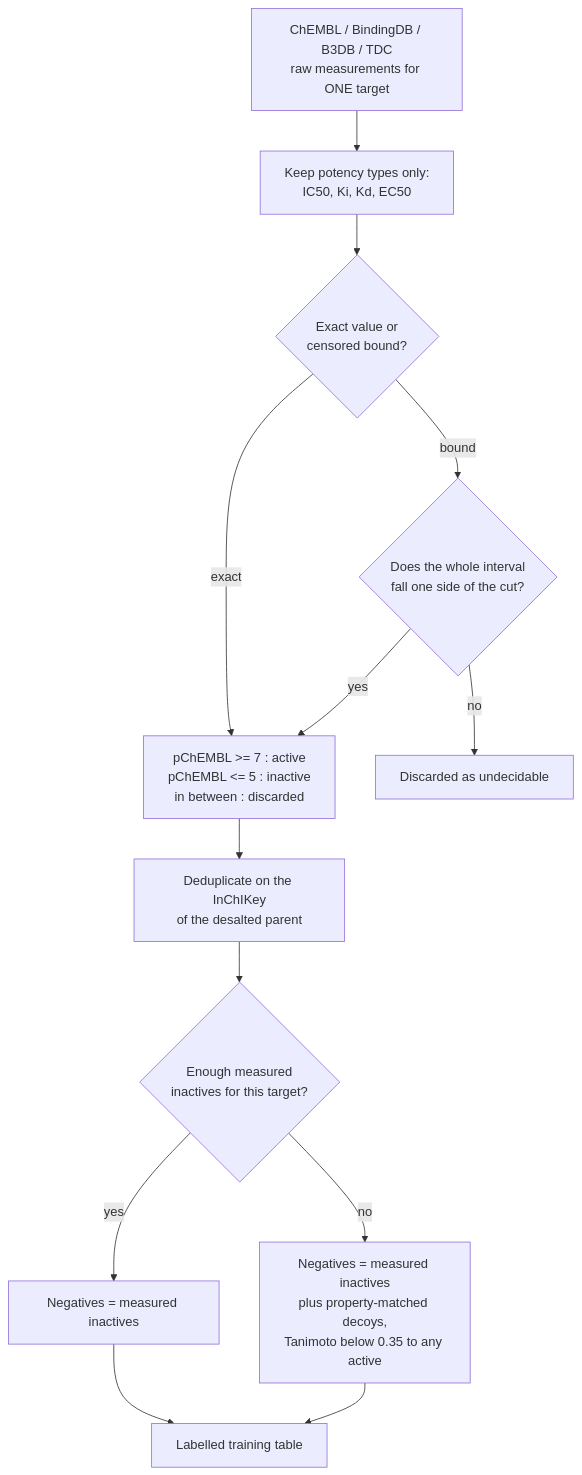
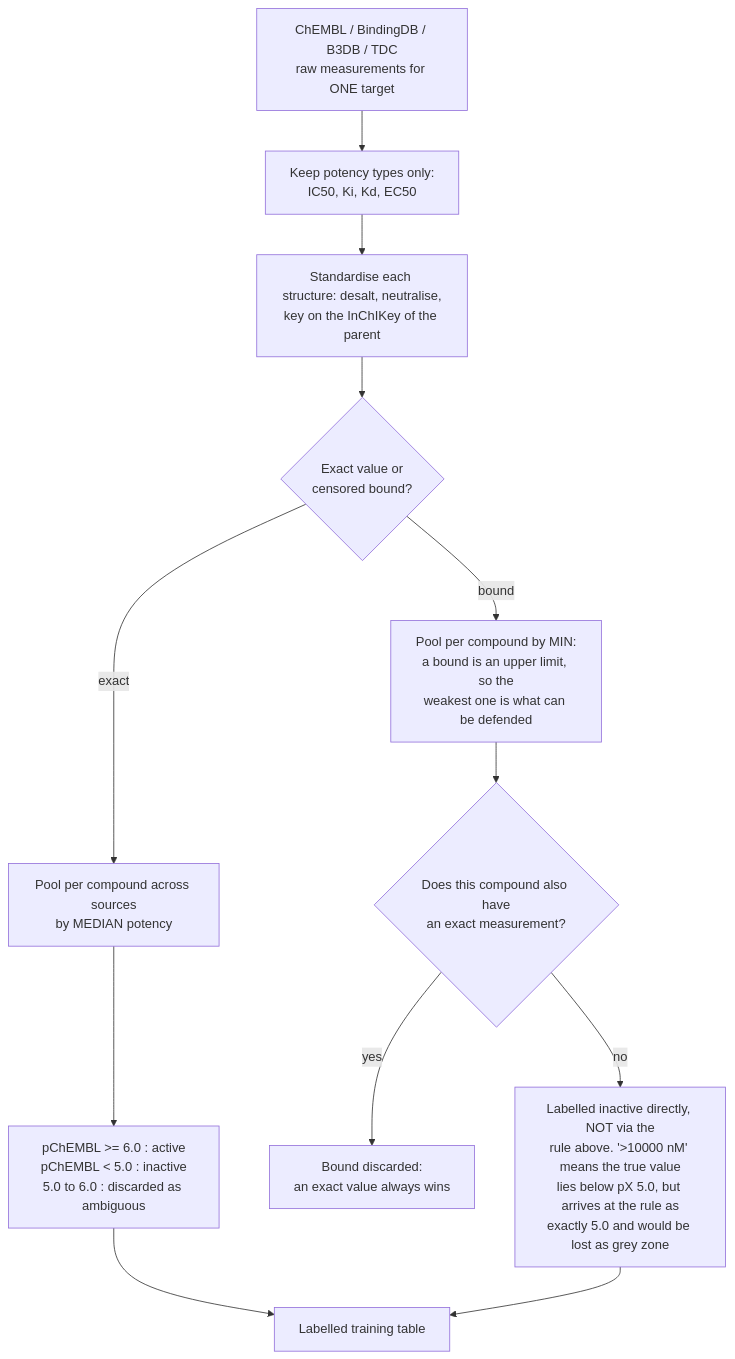
Before and after one commit to krishna-g-999/brainsafe-ai: the first of 4 diagrams in docs/TECHNICAL_REPORT.md, drawn with Mermaid. The commit also changed other lines of this file and 16 other files, not shown here.

````diff
--- a/docs/TECHNICAL_REPORT.md
+++ b/docs/TECHNICAL_REPORT.md
@@ -369,15 +378,14 @@
 ```mermaid
 flowchart TD
     A[ChEMBL / BindingDB / B3DB / TDC<br/>raw measurements for ONE target] --> B[Keep potency types only:<br/>IC50, Ki, Kd, EC50]
-    B --> C{Exact value or<br/>censored bound?}
-    C -->|exact| D[pChEMBL >= 7 : active<br/>pChEMBL <= 5 : inactive<br/>in between : discarded]
-    C -->|bound| E{Does the whole interval<br/>fall one side of the cut?}
-    E -->|yes| D
-    E -->|no| F[Discarded as undecidable]
-    D --> G[Deduplicate on the InChIKey<br/>of the desalted parent]
-    G --> H{Enough measured<br/>inactives for this target?}
-    H -->|yes| I[Negatives = measured inactives]
-    H -->|no| J[Negatives = measured inactives<br/>plus property-matched decoys,<br/>Tanimoto below 0.35 to any active]
-    I --> K[Labelled training table]
+    B --> C[Standardise each structure: desalt, neutralise,<br/>key on the InChIKey of the parent]
+    C --> D{Exact value or<br/>censored bound?}
+    D -->|exact| E[Pool per compound across sources<br/>by MEDIAN potency]
+    E --> F[pChEMBL >= 6.0 : active<br/>pChEMBL < 5.0 : inactive<br/>5.0 to 6.0 : discarded as ambiguous]
+    D -->|bound| G[Pool per compound by MIN:<br/>a bound is an upper limit, so the<br/>weakest one is what can be defended]
+    G --> H{Does this compound also have<br/>an exact measurement?}
+    H -->|yes| I[Bound discarded:<br/>an exact value always wins]
+    H -->|no| J[Labelled inactive directly, NOT via the<br/>rule above. '>10000 nM' means the true value<br/>lies below pX 5.0, but arrives at the rule as<br/>exactly 5.0 and would be lost as grey zone]
+    F --> K[Labelled training table]
     J --> K
 ```
````
